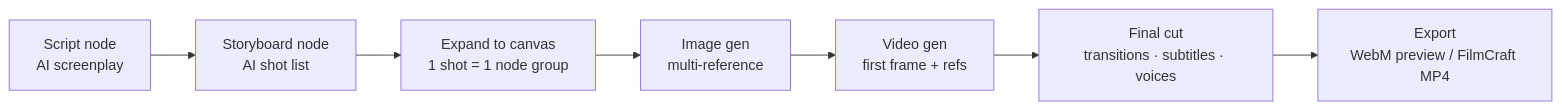
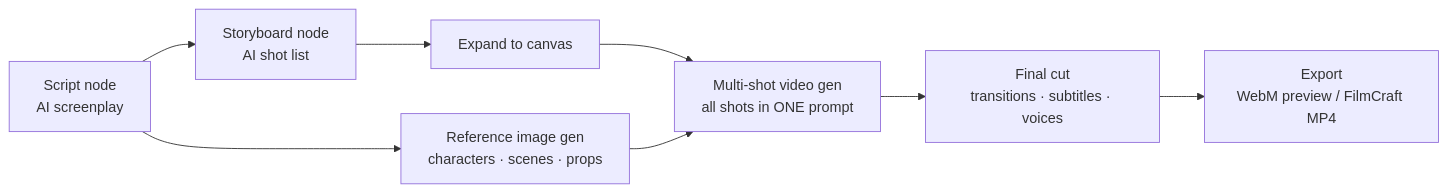
One commit to NINKCH/dsh-infinite_canvas changed the diagram in README.md. Above: the diagram before and after it, drawn with Mermaid. The commit also changed other lines of this file and 2 other files, not shown here.

Commit message:
docs: CHANGELOG.md（英文全版本发版记录）+ README 刷新（多镜头工作流/代理/12 款 Craft/数据包/RELEASING 指引）+ 发版流程固化英文 release notes

````diff
--- a/README.md
+++ b/README.md
@@ -17,9 +17,10 @@
 ```mermaid
 flowchart LR
     A[Script node<br>AI screenplay] --> B[Storyboard node<br>AI shot list]
-    B --> C[Expand to canvas<br>1 shot = 1 node group]
-    C --> D[Image gen<br>multi-reference]
-    D --> E[Video gen<br>first frame + refs]
-    E --> F[Final cut<br>transitions · subtitles · voices]
-    F --> G[Export<br>WebM preview / FilmCraft MP4]
+    B --> C[Expand to canvas]
+    C --> D[Multi-shot video gen<br>all shots in ONE prompt]
+    D --> E[Final cut<br>transitions · subtitles · voices]
+    E --> F[Export<br>WebM preview / FilmCraft MP4]
+    A --> G[Reference image gen<br>characters · scenes · props]
+    G --> D
 ```
````
